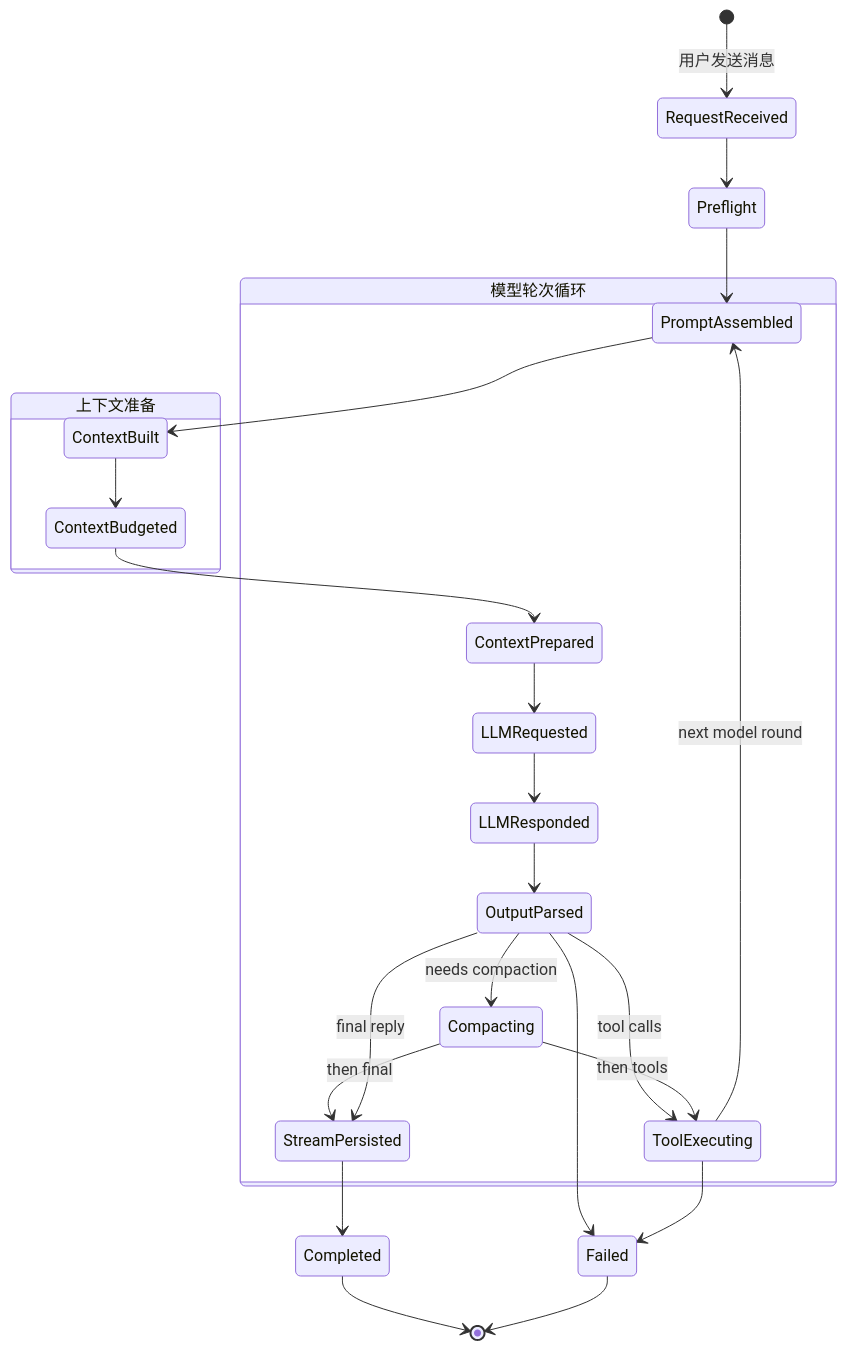
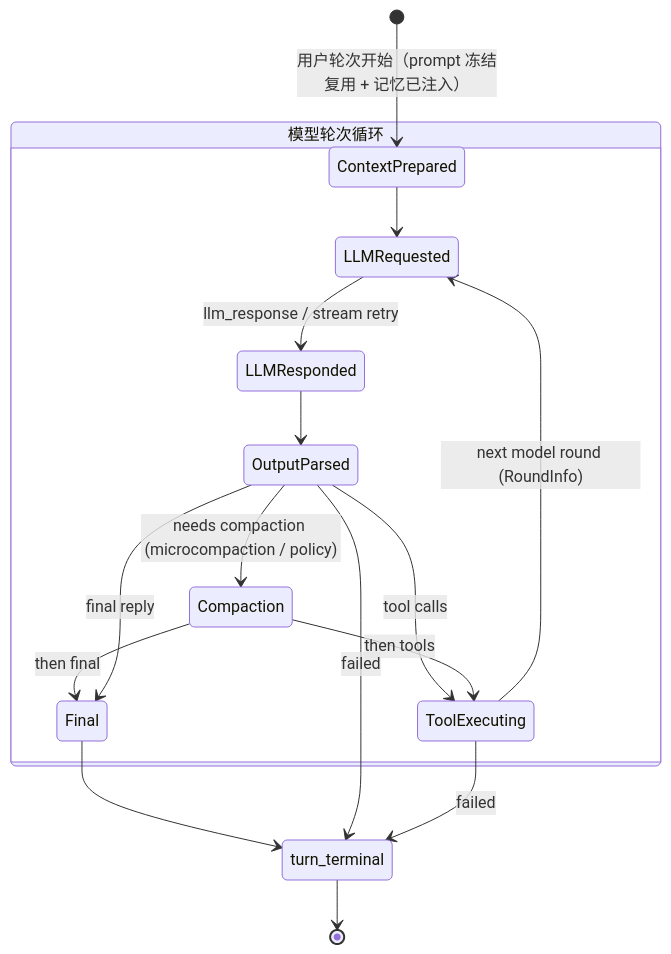
Before and after one commit to ylsdamxssjxxdd/wunder: the second of 3 diagrams in docs/设计文档/02-智能体核心设计.md, drawn with Mermaid. The commit also changed other lines of this file and 70 other files, not shown here.

````diff
--- a/docs/设计文档/02-智能体核心设计.md
+++ b/docs/设计文档/02-智能体核心设计.md
@@ -122,34 +115,20 @@
 ```mermaid
 stateDiagram-v2
-  [*] --> RequestReceived: 用户发送消息
-  RequestReceived --> Preflight
-  Preflight --> PromptAssembled
-
-  state "上下文准备" as ctx {
-    PromptAssembled --> ContextBuilt
-    ContextBuilt --> ContextBudgeted
-    ContextBudgeted --> ContextPrepared
-  }
-
+  [*] --> ContextPrepared: 用户轮次开始（prompt 冻结复用 + 记忆已注入）
   state "模型轮次循环" as mr {
     ContextPrepared --> LLMRequested
-    LLMRequested --> LLMResponded
+    LLMRequested --> LLMResponded: llm_response / stream retry
     LLMResponded --> OutputParsed
+    OutputParsed --> Compaction: needs compaction (microcompaction / policy)
+    OutputParsed --> ToolExecuting: tool calls
+    Compaction --> ToolExecuting: then tools
+    Compaction --> Final: then final
+    ToolExecuting --> LLMRequested: next model round (RoundInfo)
+  }
+  OutputParsed --> Final: final reply
+  Final --> turn_terminal
+  turn_terminal --> [*]
 
-    OutputParsed --> Compacting: needs compaction
-    OutputParsed --> ToolExecuting: tool calls
-
-    Compacting --> ToolExecuting: then tools
-    Compacting --> StreamPersisted: then final
-
-    ToolExecuting --> PromptAssembled: next model round
-  }
-
-  OutputParsed --> StreamPersisted: final reply
-  StreamPersisted --> Completed
-  Completed --> [*]
-
-  OutputParsed --> Failed
-  ToolExecuting --> Failed
-  Failed --> [*]
+  OutputParsed --> turn_terminal: failed
+  ToolExecuting --> turn_terminal: failed
 ```
````
